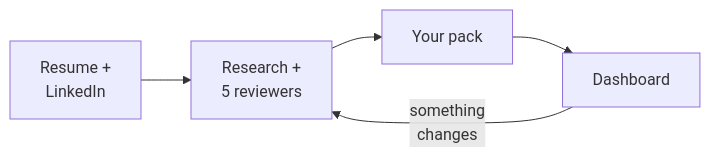
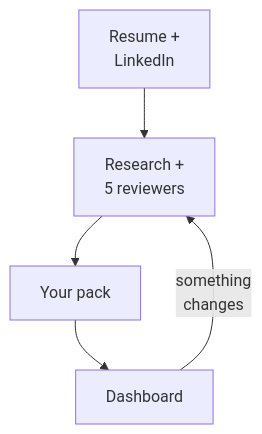
One commit to mrinal-aswin/gatepass changed the diagram in README.md. Above: the diagram before and after it, drawn with Mermaid.

Commit message:
README: draw the flow top to bottom so it fits narrow windows

````diff
--- a/README.md
+++ b/README.md
@@ -29,7 +29,7 @@
 ```mermaid
-flowchart LR
+flowchart TD
     A["Resume +<br/>LinkedIn"] --> B["Research +<br/>5 reviewers"]
     B --> C["Your pack"]
     C --> D["Dashboard"]
     D -- "something<br/>changes" --> B
 ```
````
